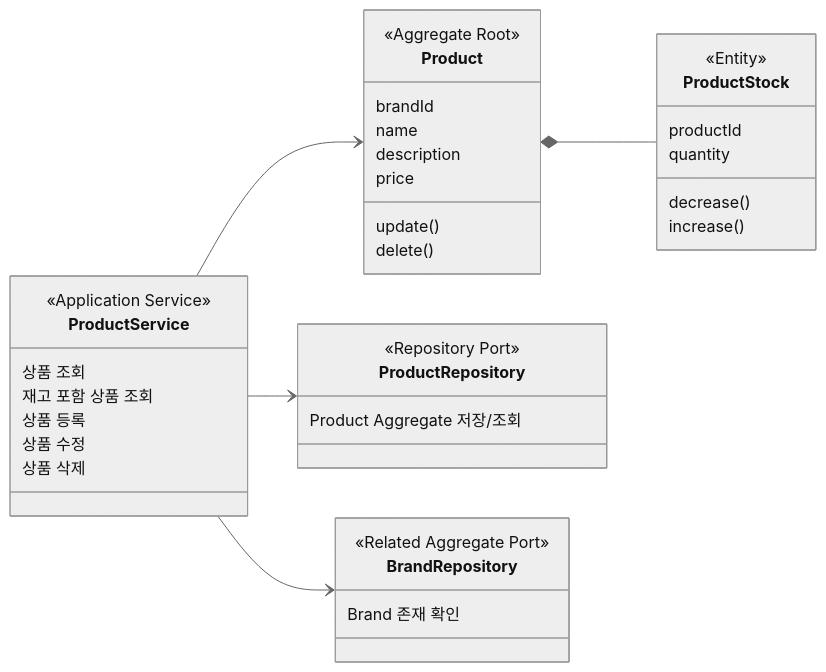
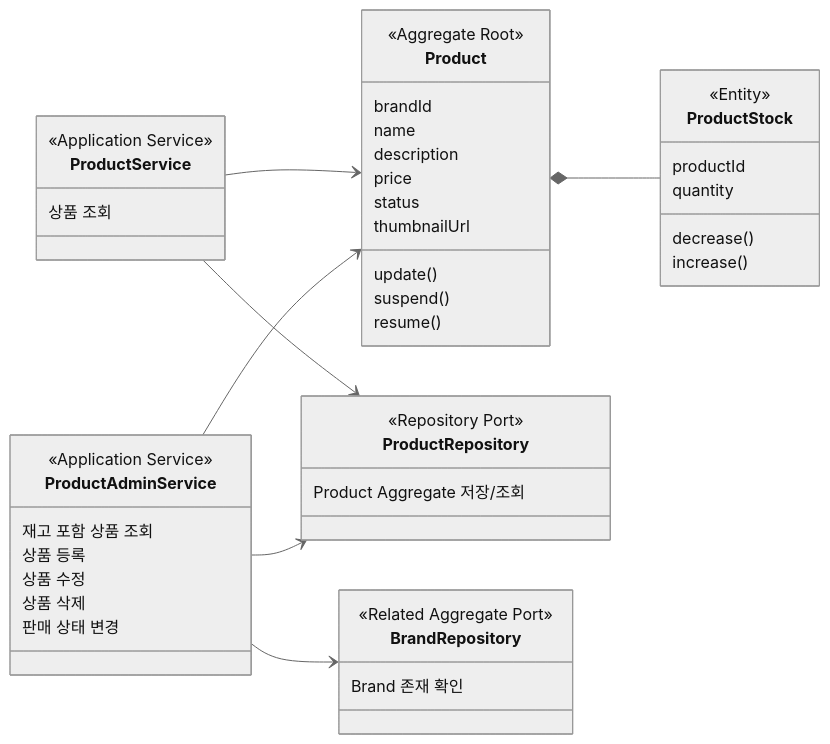
The third of 5 diagrams in docs/week2/03-class-diagram.md (loopers-labs/loop-pack-be-l2-vol4-java), drawn with Mermaid (neutral theme) before and after one commit. The commit also changed other lines of this file and 3 other files, not shown here.

````diff
--- a/docs/week2/03-class-diagram.md
+++ b/docs/week2/03-class-diagram.md
@@ -156,46 +161,56 @@
 ```mermaid
 classDiagram
     direction LR
 
     class Product {
         <<Aggregate Root>>
         brandId
         name
         description
         price
+        status
+        thumbnailUrl
         update()
-        delete()
+        suspend()
+        resume()
     }
 
     class ProductStock {
         <<Entity>>
         productId
         quantity
         decrease()
         increase()
     }
 
     class ProductRepository {
         <<Repository Port>>
         Product Aggregate 저장/조회
     }
 
     class BrandRepository {
         <<Related Aggregate Port>>
         Brand 존재 확인
     }
 
     class ProductService {
         <<Application Service>>
         상품 조회
+    }
+
+    class ProductAdminService {
+        <<Application Service>>
         재고 포함 상품 조회
         상품 등록
         상품 수정
         상품 삭제
+        판매 상태 변경
     }
 
     Product *-- ProductStock
     ProductService --> ProductRepository
-    ProductService --> BrandRepository
     ProductService --> Product
+    ProductAdminService --> ProductRepository
+    ProductAdminService --> BrandRepository
+    ProductAdminService --> Product
 ```
````
